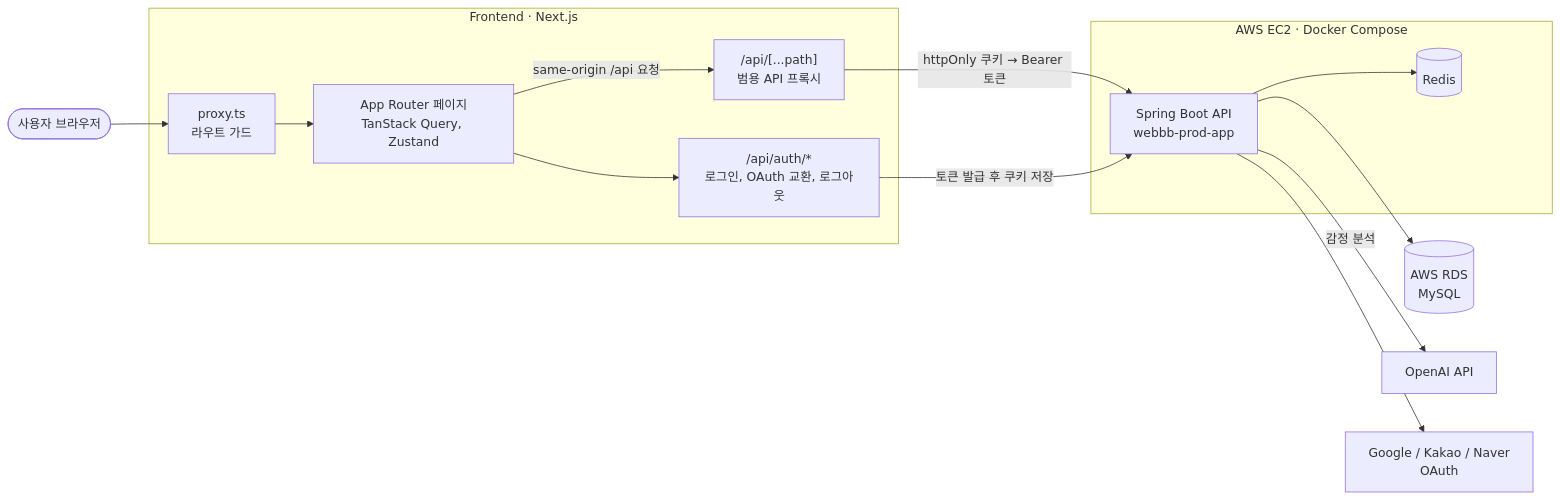
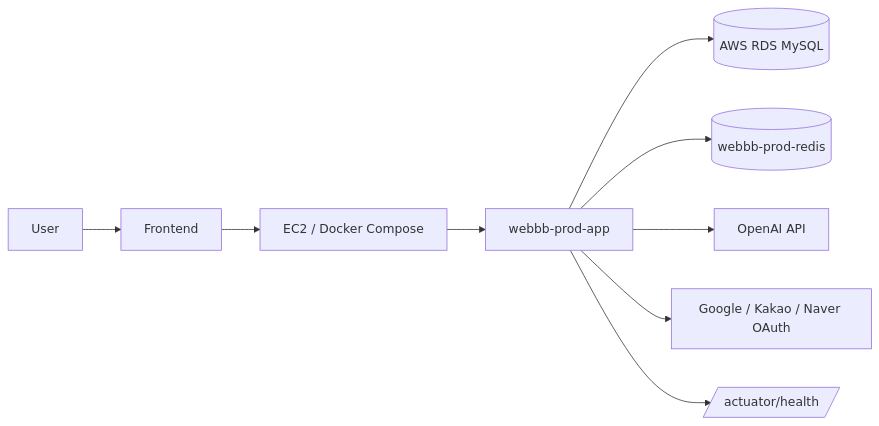
Before and after one commit to hyunolike/5959: the second of 3 diagrams in README.md, drawn with Mermaid. The commit also changed other lines of this file and 471 other files, not shown here.

````diff
--- a/README.md
+++ b/README.md
@@ -109,31 +79,11 @@
 ```mermaid
 flowchart LR
-    User([사용자 브라우저])
-
-    subgraph FE["Frontend · Next.js"]
-        Guard["proxy.ts<br/>라우트 가드"]
-        Pages["App Router 페이지<br/>TanStack Query, Zustand"]
-        Proxy["/api/[...path]<br/>범용 API 프록시"]
-        AuthRoute["/api/auth/*<br/>로그인, OAuth 교환, 로그아웃"]
-    end
-
-    subgraph EC2["AWS EC2 · Docker Compose"]
-        App["Spring Boot API<br/>webbb-prod-app"]
-        Redis[("Redis")]
-    end
-
-    RDS[("AWS RDS<br/>MySQL")]
-    OpenAI["OpenAI API"]
-    OAuth["Google / Kakao / Naver<br/>OAuth"]
-
-    User --> Guard --> Pages
-    Pages -- "same-origin /api 요청" --> Proxy
-    Pages --> AuthRoute
-    Proxy -- "httpOnly 쿠키 → Bearer 토큰" --> App
-    AuthRoute -- "토큰 발급 후 쿠키 저장" --> App
-
-    App --> RDS
-    App --> Redis
-    App -- "감정 분석" --> OpenAI
-    App --> OAuth
+    User[User] --> FE[Frontend]
+    FE --> EC2[EC2 / Docker Compose]
+    EC2 --> App[webbb-prod-app]
+    App --> RDS[(AWS RDS MySQL)]
+    App --> Redis[(webbb-prod-redis)]
+    App --> OpenAI[OpenAI API]
+    App --> OAuth[Google / Kakao / Naver OAuth]
+    App --> Health[/actuator/health/]
 ```
````
